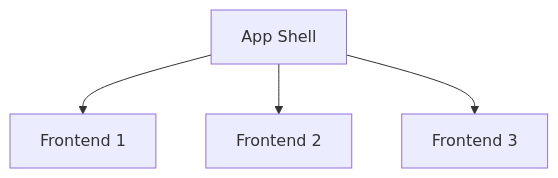
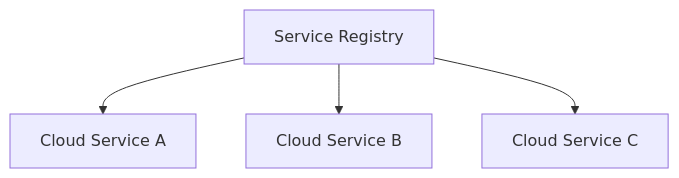
Diagram 15 of 15 in README.md (nogeniuss/arquiteturas-de-software), drawn with Mermaid before and after one commit. The commit also changed other lines of this file, not shown here.

````diff
--- a/README.md
+++ b/README.md
@@ -212,6 +131,6 @@
 ```mermaid
 graph TD
-    A[App Shell] --> B[Frontend 1]
-    A --> C[Frontend 2]
-    A --> D[Frontend 3]
+    A[Service Registry] --> B[Cloud Service A]
+    A --> C[Cloud Service B]
+    A --> D[Cloud Service C]
 ```
````
